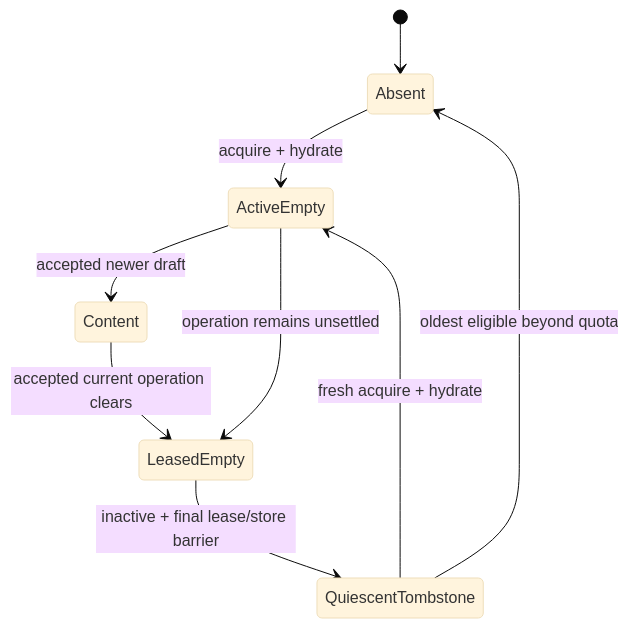
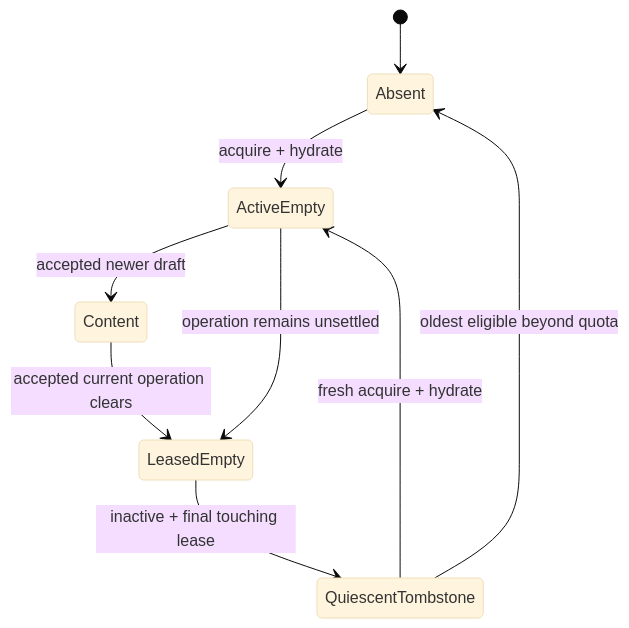
Diagram 13 of 54 in docs/architecture/state-machine.md (shinaoka/koushi-matrix), drawn with Mermaid (base theme) before and after one commit. The commit also changed other lines of this file and 16 other files, not shown here.

````diff
--- a/docs/architecture/state-machine.md
+++ b/docs/architecture/state-machine.md
@@ -704,11 +709,11 @@
 ```mermaid
 stateDiagram-v2
     [*] --> Absent
     Absent --> ActiveEmpty: acquire + hydrate
     ActiveEmpty --> Content: accepted newer draft
     Content --> LeasedEmpty: accepted current operation clears
     ActiveEmpty --> LeasedEmpty: operation remains unsettled
-    LeasedEmpty --> QuiescentTombstone: inactive + final lease/store barrier
+    LeasedEmpty --> QuiescentTombstone: inactive + final touching lease
     QuiescentTombstone --> ActiveEmpty: fresh acquire + hydrate
     QuiescentTombstone --> Absent: oldest eligible beyond quota
 ```
````
